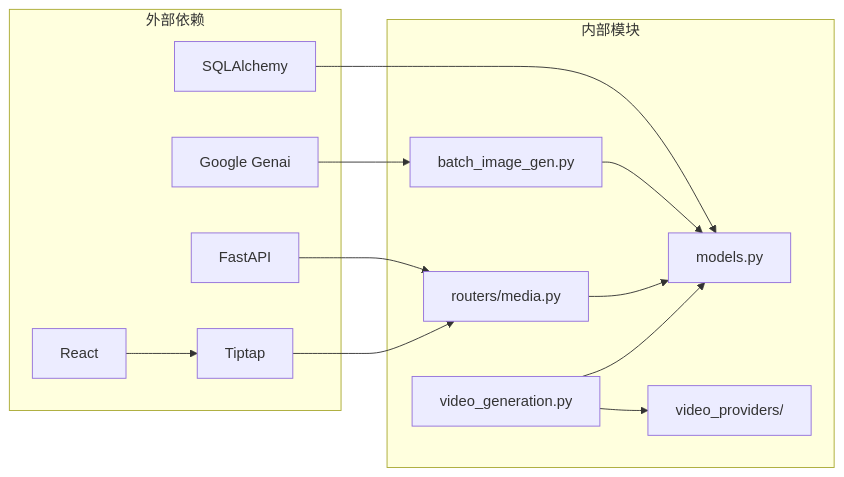
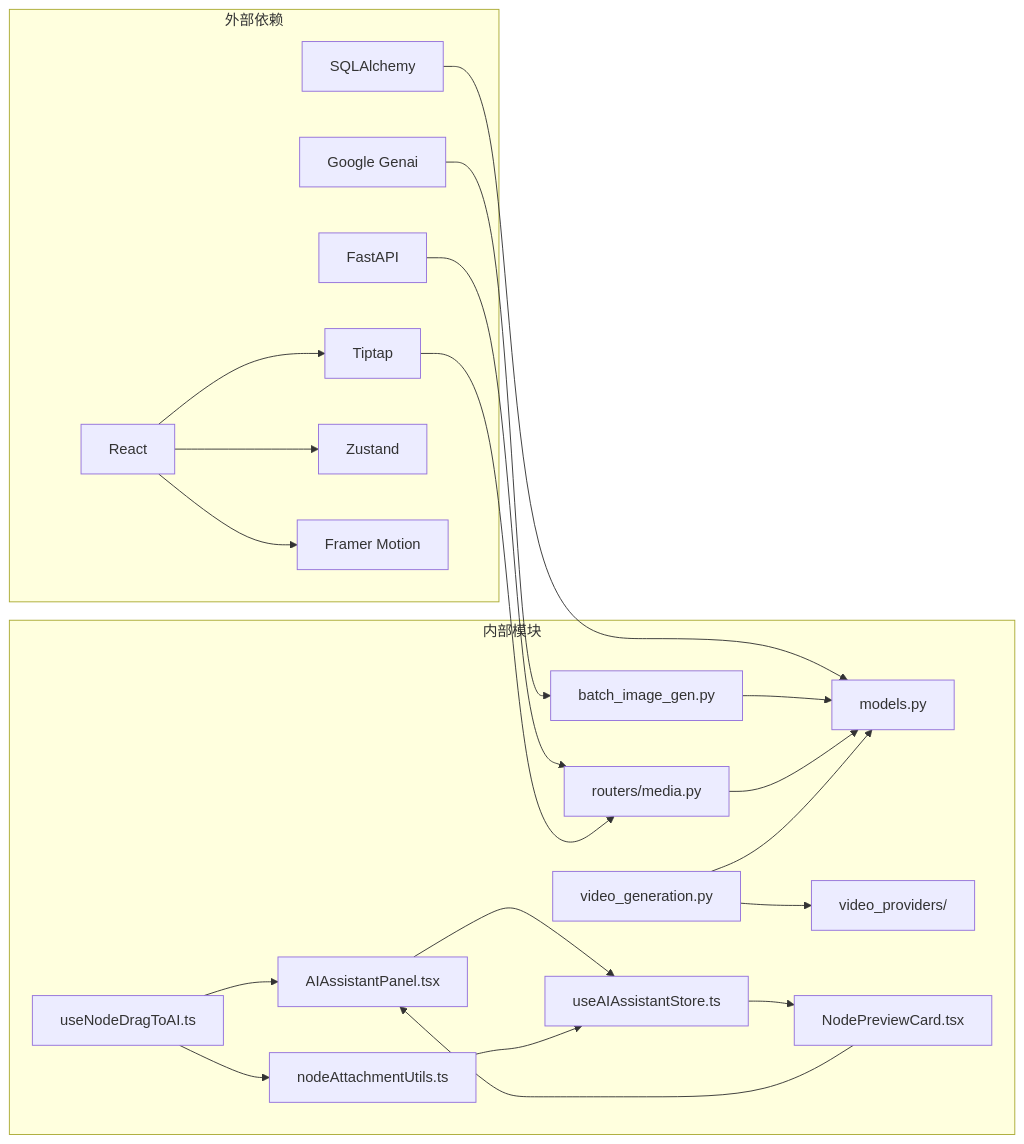
Before and after one commit to KunLabAI/KunFlix: diagram 12 of 12 in .qoder/repowiki/zh/content/前端应用架构/UI组件库/画布组件系统/AI助手面板/多图片支持增强.md, drawn with Mermaid. The commit also changed other lines of this file and 32 other files, not shown here.

````diff
--- a/.qoder/repowiki/zh/content/前端应用架构/UI组件库/画布组件系统/AI助手面板/多图片支持增强.md
+++ b/.qoder/repowiki/zh/content/前端应用架构/UI组件库/画布组件系统/AI助手面板/多图片支持增强.md
@@ -336,26 +476,41 @@
 ```mermaid
 graph LR
 subgraph "外部依赖"
 A[FastAPI]
 B[SQLAlchemy]
 C[Google Genai]
 D[React]
 E[Tiptap]
+F[Zustand]
+G[Framer Motion]
 end
 subgraph "内部模块"
-F[batch_image_gen.py]
-G[routers/media.py]
-H[models.py]
-I[video_generation.py]
-J[video_providers/]
+H[batch_image_gen.py]
+I[routers/media.py]
+J[models.py]
+K[video_generation.py]
+L[video_providers/]
+M[useNodeDragToAI.ts]
+N[AIAssistantPanel.tsx]
+O[nodeAttachmentUtils.ts]
+P[useAIAssistantStore.ts]
+Q[NodePreviewCard.tsx]
 end
-A --> G
-B --> H
-C --> F
+A --> I
+B --> J
+C --> H
 D --> E
-E --> G
-F --> H
-G --> H
+D --> F
+D --> G
+E --> I
+H --> J
 I --> J
-I --> H
+K --> L
+K --> J
+M --> N
+M --> O
+N --> P
+O --> P
+P --> Q
+Q --> N
 ```
````
